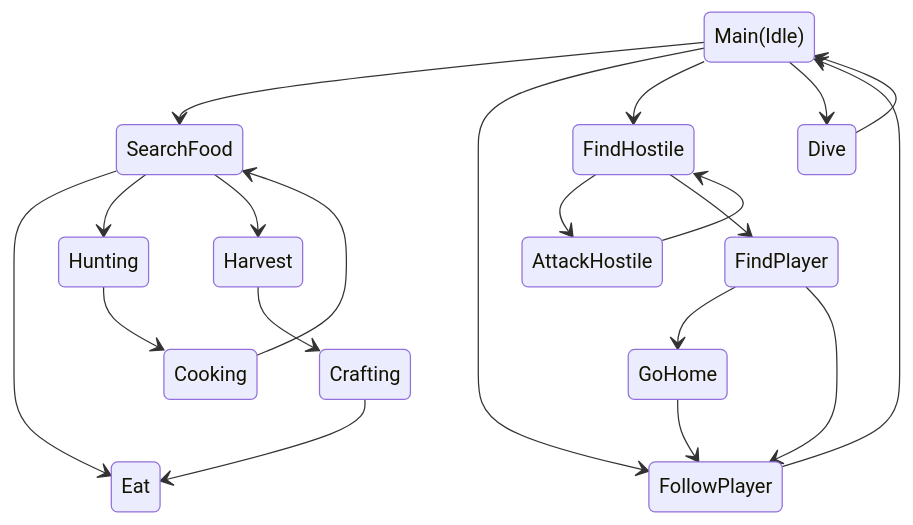
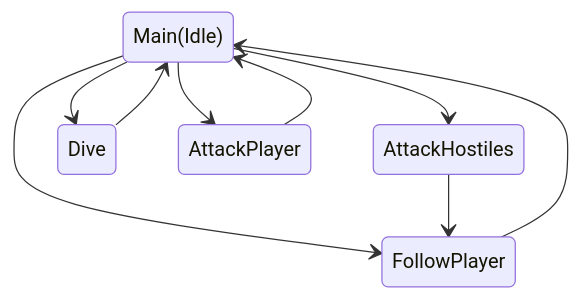
One commit to AkagawaTsurunaki/KonekoMinecraftBot changed the diagram in README.md. Above: the diagram before and after it, drawn with Mermaid.

Commit message:
docs: 更新了状态机图片

````diff
--- a/README.md
+++ b/README.md
@@ -5,22 +5,23 @@
 ```mermaid
 stateDiagram
-    Main(Idle) --> SearchFood
-    SearchFood  --> Eat
-    SearchFood --> Hunting
-    Hunting --> Cooking
-    Cooking --> SearchFood
-    SearchFood --> Harvest
-    Harvest --> Crafting
-    Crafting --> Eat
+%%    Main(Idle) --> SearchFood
+%%    SearchFood  --> Eat
+%%    SearchFood --> Hunting
+%%    Hunting --> Cooking
+%%    Cooking --> SearchFood
+%%    SearchFood --> Harvest
+%%    Harvest --> Crafting
+%%    Crafting --> Eat
+    
     Main(Idle) --> FollowPlayer
-    Main(Idle) --> FindHostile
-    FindHostile --> AttackHostile
-    AttackHostile --> FindHostile
-    FindHostile --> FindPlayer
-    FindPlayer --> GoHome
-    FindPlayer --> FollowPlayer
-    GoHome --> FollowPlayer
     FollowPlayer --> Main(Idle)
+
+    Main(Idle) --> AttackHostiles
+    AttackHostiles --> FollowPlayer
+
     Main(Idle) --> Dive
     Dive --> Main(Idle)
+
+    Main(Idle) --> AttackPlayer
+    AttackPlayer --> Main(Idle)
 ```
````
